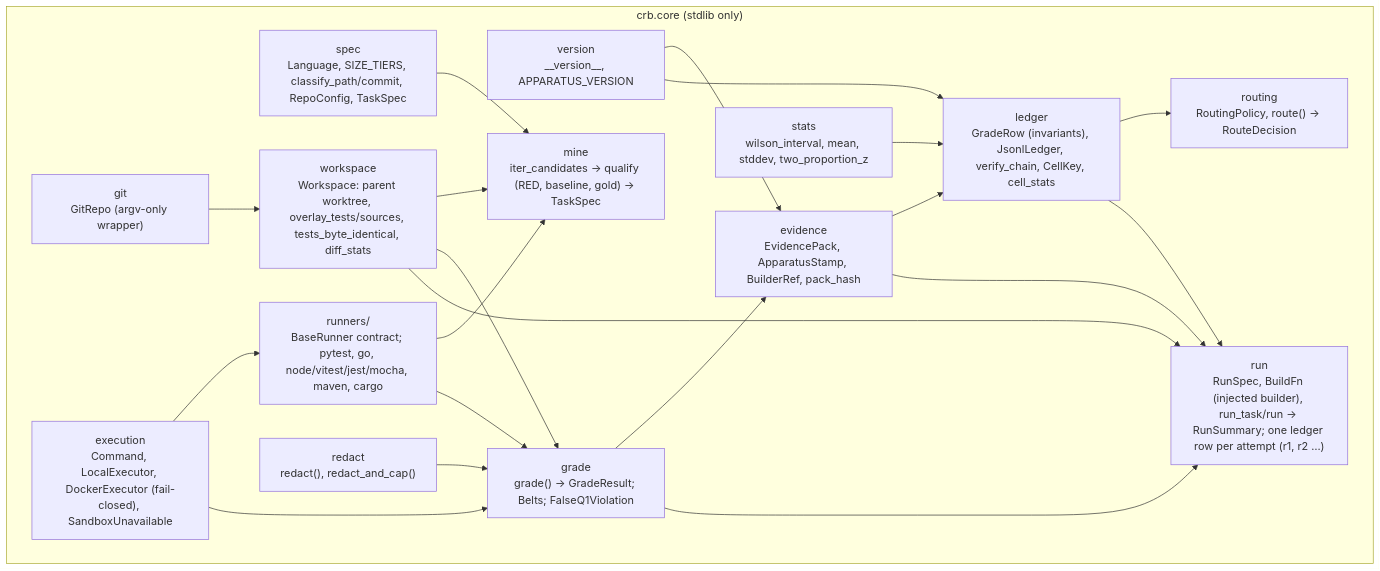
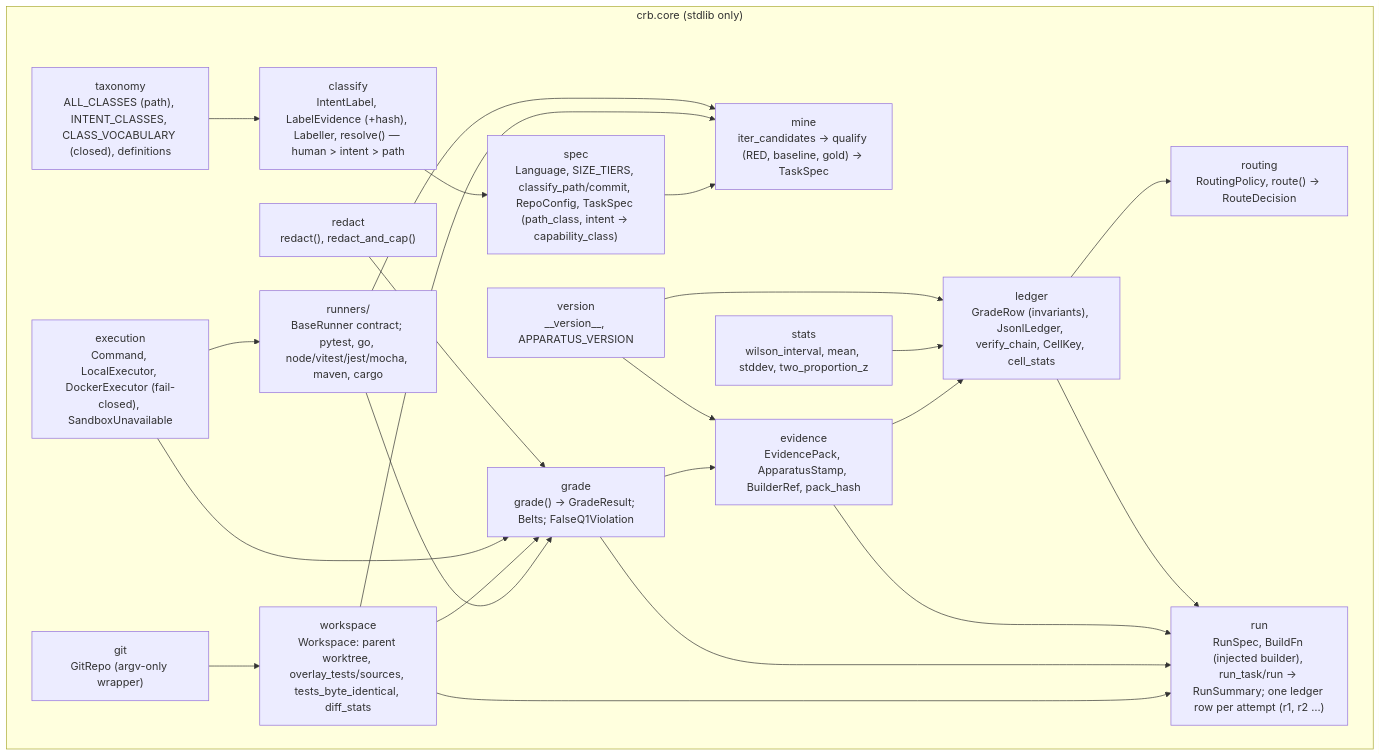
Before and after one commit to Jita81/commit-replay-bench: the third of 8 diagrams in docs/ARCHITECTURE.md, drawn with Mermaid. The commit also changed other lines of this file, not shown here.

First line of the commit message:
docs(architecture): §7.5 change class — two axes, the precedence rule, honesty properties

````diff
--- a/docs/ARCHITECTURE.md
+++ b/docs/ARCHITECTURE.md
@@ -139,34 +139,37 @@
 ```mermaid
 flowchart TB
     subgraph core["crb.core (stdlib only)"]
         version["version<br/>__version__, APPARATUS_VERSION"]
-        spec["spec<br/>Language, SIZE_TIERS, classify_path/commit, RepoConfig, TaskSpec"]
+        taxonomy["taxonomy<br/>ALL_CLASSES (path), INTENT_CLASSES, CLASS_VOCABULARY (closed), definitions"]
+        classify["classify<br/>IntentLabel, LabelEvidence (+hash), Labeller, resolve() — human > intent > path"]
+        spec["spec<br/>Language, SIZE_TIERS, classify_path/commit, RepoConfig, TaskSpec (path_class, intent → capability_class)"]
         git["git<br/>GitRepo (argv-only wrapper)"]
         exec["execution<br/>Command, LocalExecutor, DockerExecutor (fail-closed), SandboxUnavailable"]
         runners["runners/<br/>BaseRunner contract; pytest, go, node/vitest/jest/mocha, maven, cargo"]
         ws["workspace<br/>Workspace: parent worktree, overlay_tests/sources, tests_byte_identical, diff_stats"]
         mine["mine<br/>iter_candidates → qualify (RED, baseline, gold) → TaskSpec"]
         grade["grade<br/>grade() → GradeResult; Belts; FalseQ1Violation"]
         redact["redact<br/>redact(), redact_and_cap()"]
         evidence["evidence<br/>EvidencePack, ApparatusStamp, BuilderRef, pack_hash"]
         ledger["ledger<br/>GradeRow (invariants), JsonlLedger, verify_chain, CellKey, cell_stats"]
         stats["stats<br/>wilson_interval, mean, stddev, two_proportion_z"]
         routing["routing<br/>RoutingPolicy, route() → RouteDecision"]
         run["run<br/>RunSpec, BuildFn (injected builder), run_task/run → RunSummary; one ledger row per attempt (r1, r2 …)"]
     end
+    taxonomy --> classify --> spec
     spec --> mine
     git --> ws --> mine
     exec --> runners --> mine
     runners --> grade
     ws --> grade
     exec --> grade
     redact --> grade
     grade --> evidence --> ledger
     stats --> ledger --> routing
     version --> evidence
     version --> ledger
     ws --> run
     grade --> run
     evidence --> run
     ledger --> run
 ```
````
